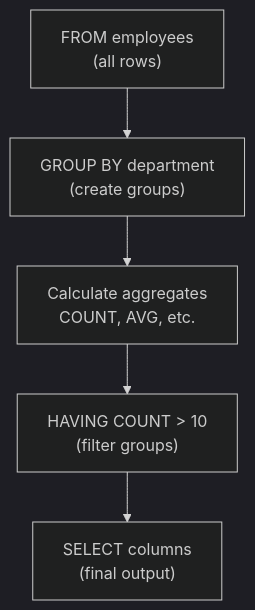
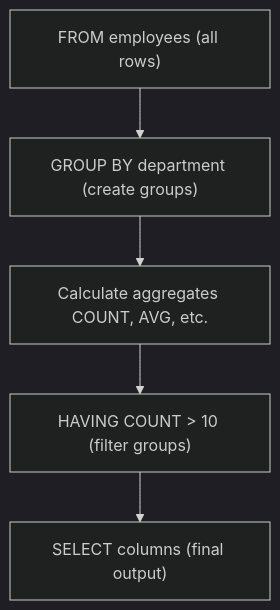
One commit to pentoshi007/prep changed the eighth of 16 diagrams in SQL/readmeClV1.md. Above: the diagram before and after it, drawn with Mermaid (dark theme). The commit also changed other lines of this file and 1 other file, not shown here.

````diff
--- a/SQL/readmeClV1.md
+++ b/SQL/readmeClV1.md
@@ -895,7 +895,7 @@
 ```mermaid
 flowchart TD
-    A["FROM employees\n(all rows)"] --> B["GROUP BY department\n(create groups)"]
-    B --> C["Calculate aggregates\nCOUNT, AVG, etc."]
-    C --> D["HAVING COUNT > 10\n(filter groups)"]
-    D --> E["SELECT columns\n(final output)"]
+    A["FROM employees (all rows)"] --> B["GROUP BY department (create groups)"]
+    B --> C["Calculate aggregates COUNT, AVG, etc."]
+    C --> D["HAVING COUNT > 10 (filter groups)"]
+    D --> E["SELECT columns (final output)"]
 ```
````
